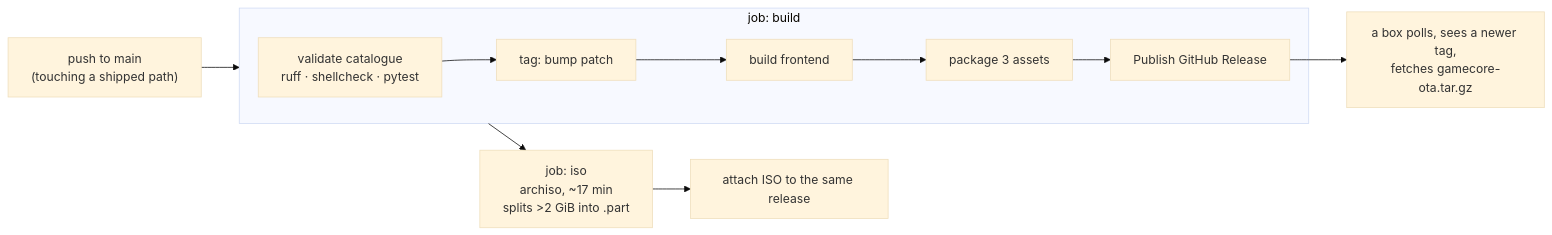
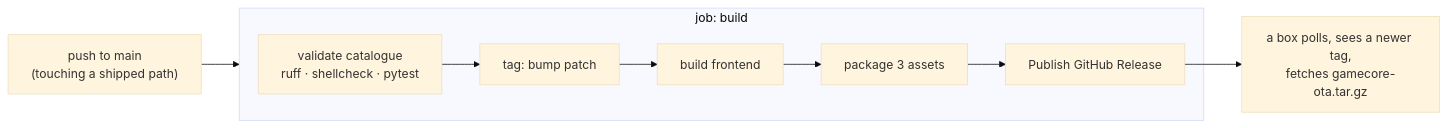
Before and after one commit to p4v1c/GamecoreRenew: the diagram in docs/architecture/13-release-and-ota.md, drawn with Mermaid (base theme). The commit also changed other lines of this file and 12 other files, not shown here.

````diff
--- a/docs/architecture/13-release-and-ota.md
+++ b/docs/architecture/13-release-and-ota.md
@@ -38,16 +38,13 @@
 ```mermaid
 flowchart LR
     push["push to main<br/>(touching a shipped path)"] --> build
 
     subgraph build["job: build"]
         v["validate catalogue<br/>ruff · shellcheck · pytest"] --> tag["tag: bump patch"]
         tag --> fe["build frontend"]
         fe --> pkg["package 3 assets"]
         pkg --> rel["Publish GitHub Release"]
     end
 
-    build --> iso["job: iso<br/>archiso, ~17 min<br/>splits >2 GiB into .part"]
-    iso --> rel2["attach ISO to the same release"]
-
     rel --> box["a box polls, sees a newer tag,<br/>fetches gamecore-ota.tar.gz"]
 ```
````
